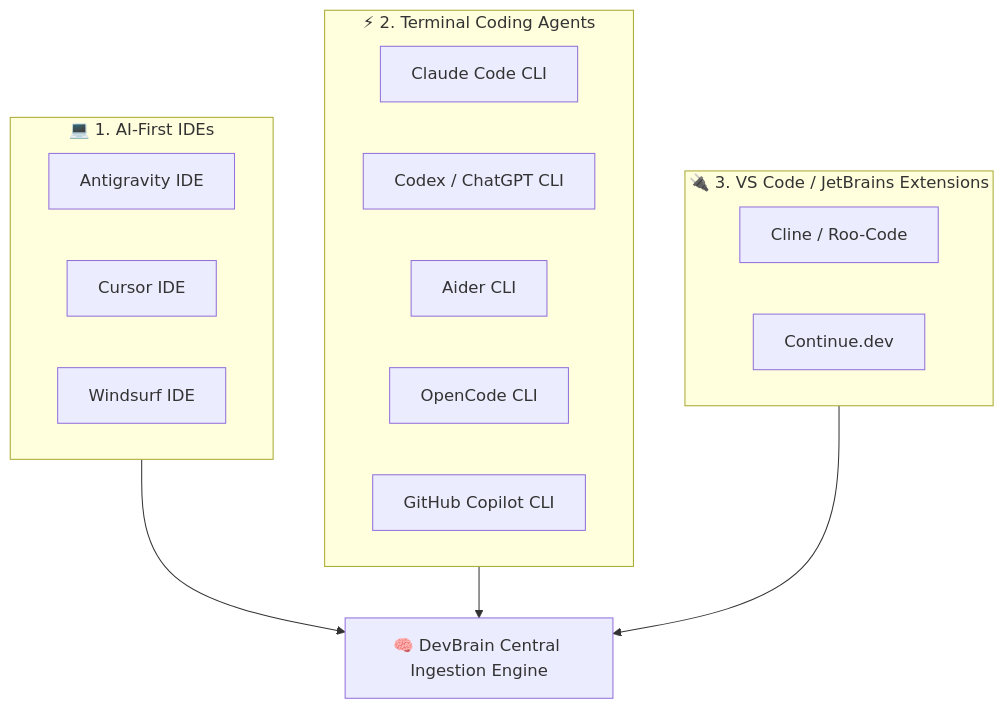
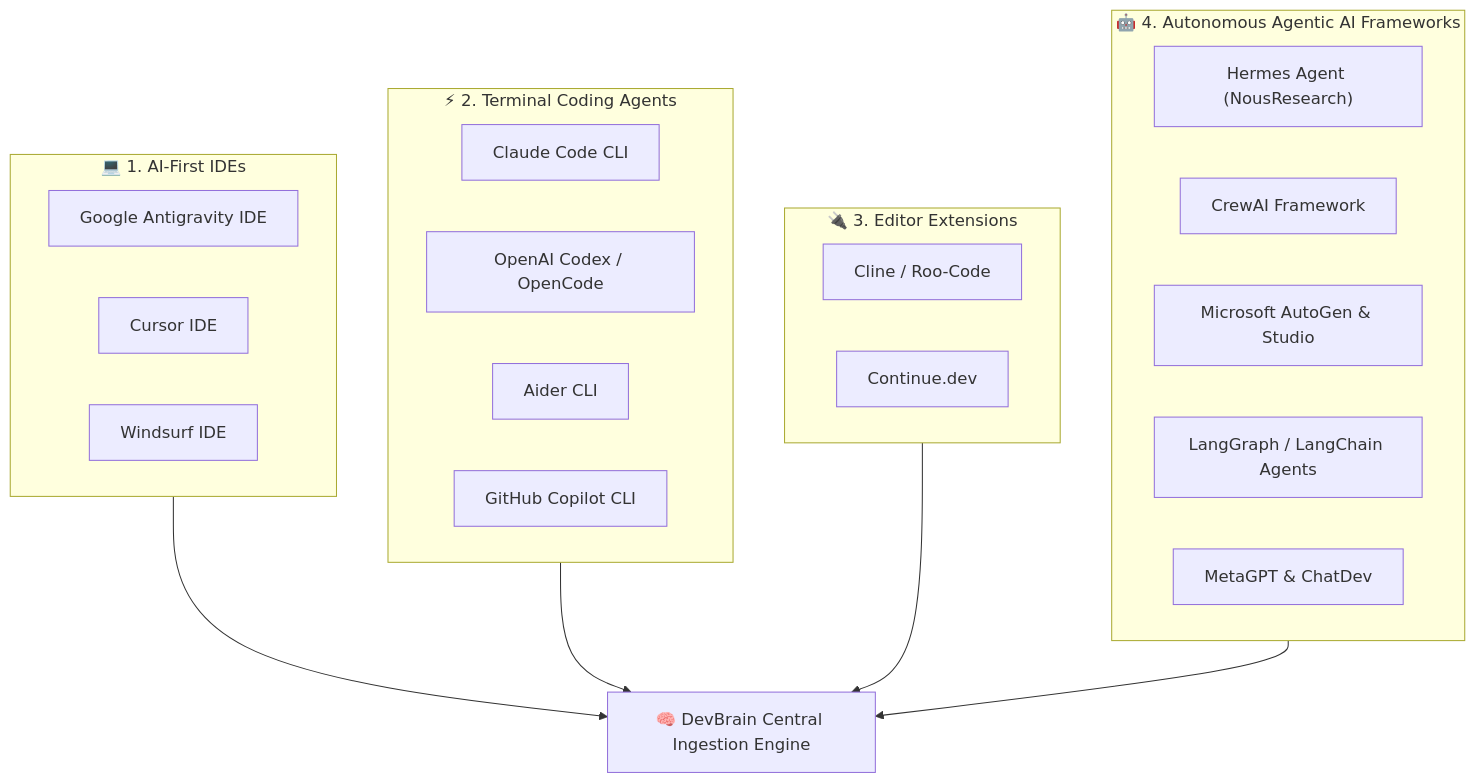
Before and after one commit to DycandX/devbrain: the diagram in docs/brainstorming/43-katalog-lengkap-ekosistem-ai-tools-agent-dan-peta-storage.md, drawn with Mermaid. The commit also changed other lines of this file, not shown here.

Commit message:
docs(brainstorming): update 43.md with agentic AI frameworks (Hermes, CrewAI, AutoGen, LangGraph, MetaGPT)

````diff
--- a/docs/brainstorming/43-katalog-lengkap-ekosistem-ai-tools-agent-dan-peta-storage.md
+++ b/docs/brainstorming/43-katalog-lengkap-ekosistem-ai-tools-agent-dan-peta-storage.md
@@ -14,27 +14,35 @@
 ```mermaid
 graph TD
     DevBrain["🧠 DevBrain Central Ingestion Engine"]
     
-    subgraph Category_IDE["💻 1. AI-First IDEs"]
-        I1["Antigravity IDE"]
+    subgraph Cat1["💻 1. AI-First IDEs"]
+        I1["Google Antigravity IDE"]
         I2["Cursor IDE"]
         I3["Windsurf IDE"]
     end
     
-    subgraph Category_CLI["⚡ 2. Terminal Coding Agents"]
+    subgraph Cat2["⚡ 2. Terminal Coding Agents"]
         C1["Claude Code CLI"]
-        C2["Codex / ChatGPT CLI"]
+        C2["OpenAI Codex / OpenCode"]
         C3["Aider CLI"]
-        C4["OpenCode CLI"]
-        C5["GitHub Copilot CLI"]
+        C4["GitHub Copilot CLI"]
     end
     
-    subgraph Category_Ext["🔌 3. VS Code / JetBrains Extensions"]
+    subgraph Cat3["🔌 3. Editor Extensions"]
         E1["Cline / Roo-Code"]
         E2["Continue.dev"]
     end
 
-    Category_IDE --> DevBrain
-    Category_CLI --> DevBrain
-    Category_Ext --> DevBrain
+    subgraph Cat4["🤖 4. Autonomous Agentic AI Frameworks"]
+        A1["Hermes Agent (NousResearch)"]
+        A2["CrewAI Framework"]
+        A3["Microsoft AutoGen & Studio"]
+        A4["LangGraph / LangChain Agents"]
+        A5["MetaGPT & ChatDev"]
+    end
+
+    Cat1 --> DevBrain
+    Cat2 --> DevBrain
+    Cat3 --> DevBrain
+    Cat4 --> DevBrain
 ```
````
